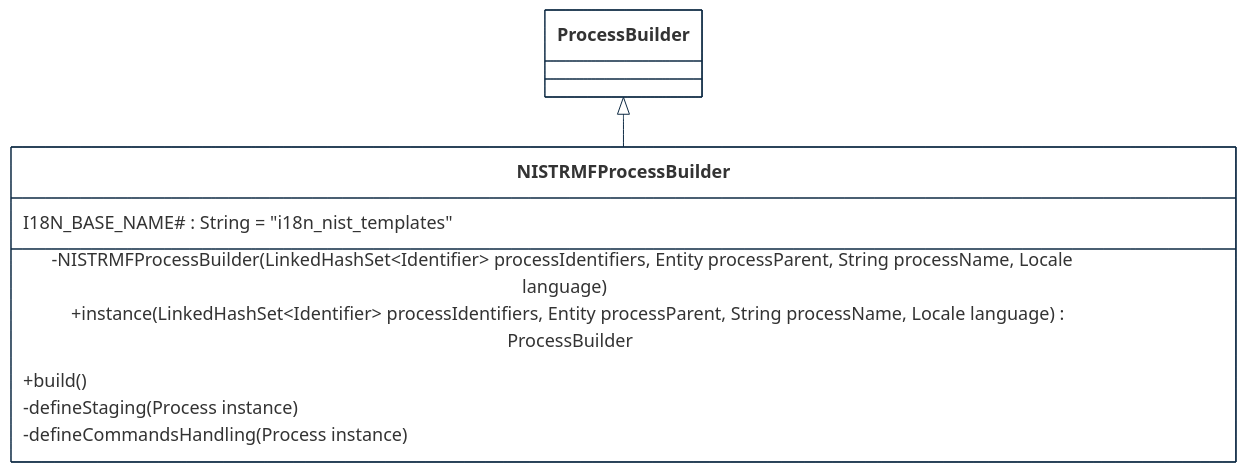
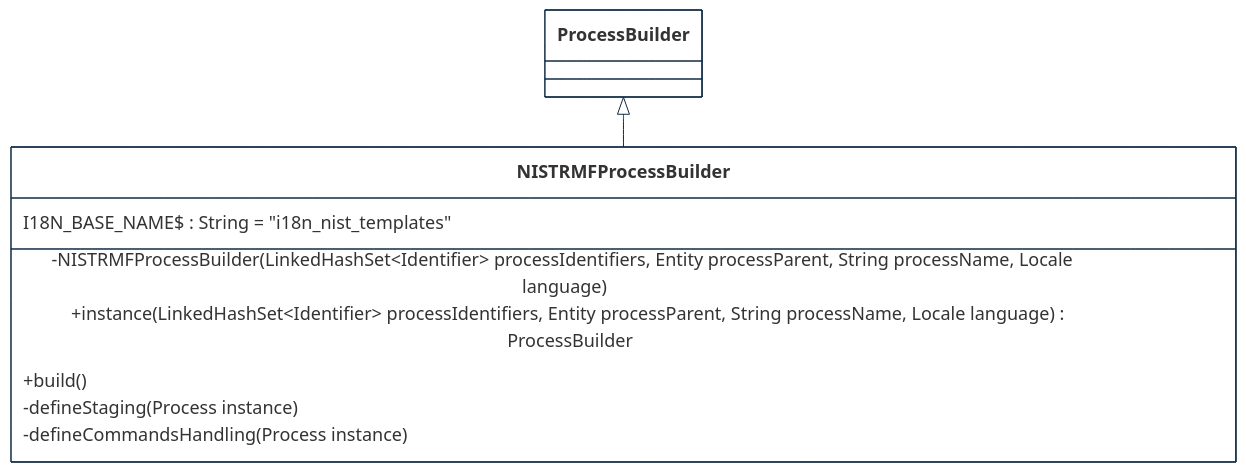
One commit to cybnity/foundation changed the second of 3 diagrams in implementations-line/features/workflow-process/defense-template/designview-packages.md. Above: the diagram before and after it, drawn with Mermaid.

````diff
--- a/implementations-line/features/workflow-process/defense-template/designview-packages.md
+++ b/implementations-line/features/workflow-process/defense-template/designview-packages.md
@@ -78,30 +78,30 @@
 ```mermaid
 %%{
   init: {
     'theme': 'base',
     'themeVariables': {
         'background': '#ffffff',
         'fontFamily': 'arial',
         'fontSize': '18px',
         'primaryColor': '#fff',
         'primaryBorderColor': '#0e2a43',
         'secondaryBorderColor': '#0e2a43',
         'tertiaryBorderColor': '#0e2a43',
         'edgeLabelBackground':'#0e2a43',
         'lineColor': '#0e2a43',
         'tertiaryColor': '#fff'
     }
   }
 }%%
 classDiagram
   ProcessBuilder <|-- NISTRMFProcessBuilder
   class NISTRMFProcessBuilder {
-    I18N_BASE_NAME# : String = "i18n_nist_templates"
+    I18N_BASE_NAME$ : String = "i18n_nist_templates"
     -NISTRMFProcessBuilder(LinkedHashSet~Identifier~ processIdentifiers, Entity processParent, String processName, Locale language)
     +instance(LinkedHashSet~Identifier~ processIdentifiers, Entity processParent, String processName, Locale language) ProcessBuilder
     +build()
     -defineStaging(Process instance)
     -defineCommandsHandling(Process instance)
   }
 
 ```
````
